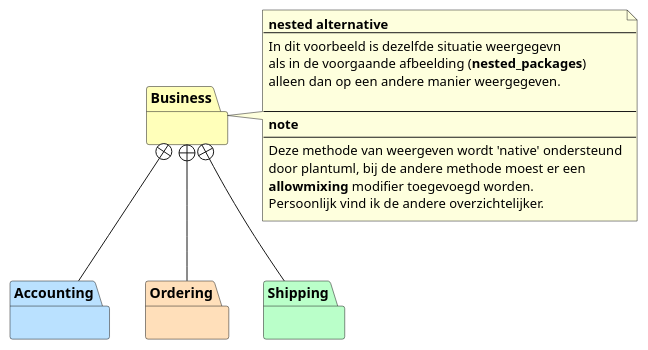
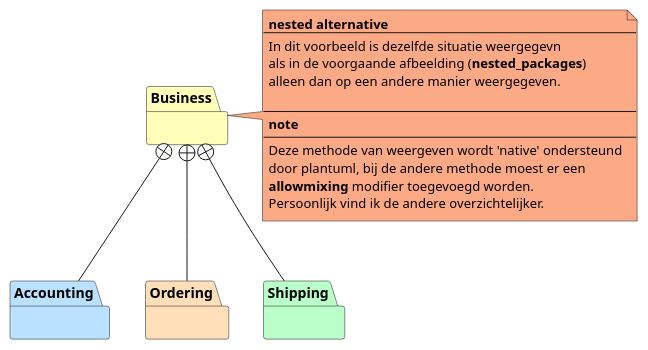
One commit to LukevLuijn/cheat_sheet_osm_mo changed the diagram in plantuml/package/nested_alternative.puml. Above: the diagram before and after it, drawn with PlantUML. The commit also changed 52 other files, not shown here.

Commit message:
[cheat-sheet] added colors to all diagrams.

```diff
--- a/plantuml/package/nested_alternative.puml
+++ b/plantuml/package/nested_alternative.puml
@@ -1,29 +1,29 @@
 @startuml
 'https://plantuml.com/class-diagram
 
 package "Business" as p1 #FFFFBA {}
 package "Accounting" as p2 #BAE1FF {}
 package "Ordering" as p3 #FFDFBA {}
 package "Shipping" as p4 #BAFFC9{}
 
 p1 +-- p2
 p1 +-- p3
 p1 +-- p4
 
-note right of p1
+note right of p1 #FCA985
     **nested alternative**
     --
     In dit voorbeeld is dezelfde situatie weergegevn
     als in de voorgaande afbeelding (**nested_packages**)
     alleen dan op een andere manier weergegeven.
 
     --
     **note**
     --
     Deze methode van weergeven wordt 'native' ondersteund
     door plantuml, bij de andere methode moest er een
     **allowmixing** modifier toegevoegd worden.
     Persoonlijk vind ik de andere overzichtelijker.
 end note
 
 @enduml
```
